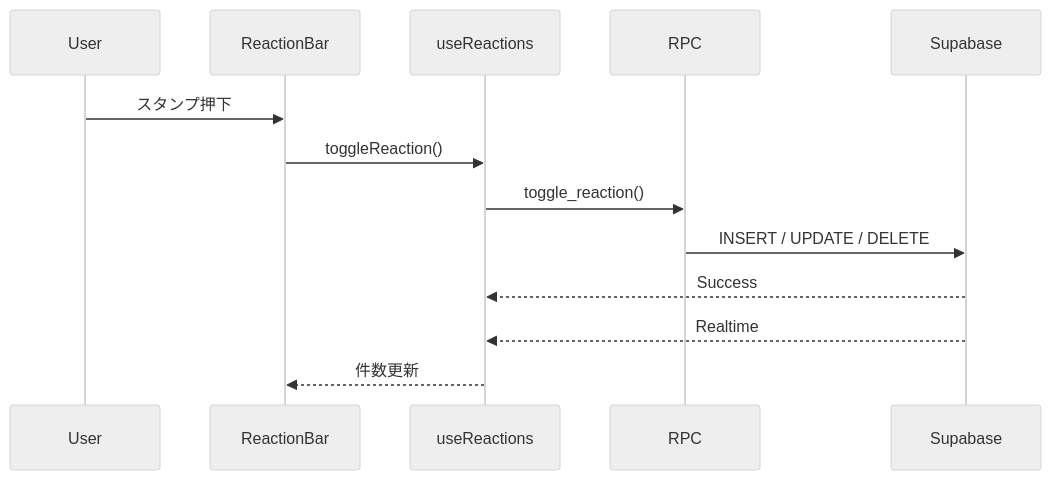
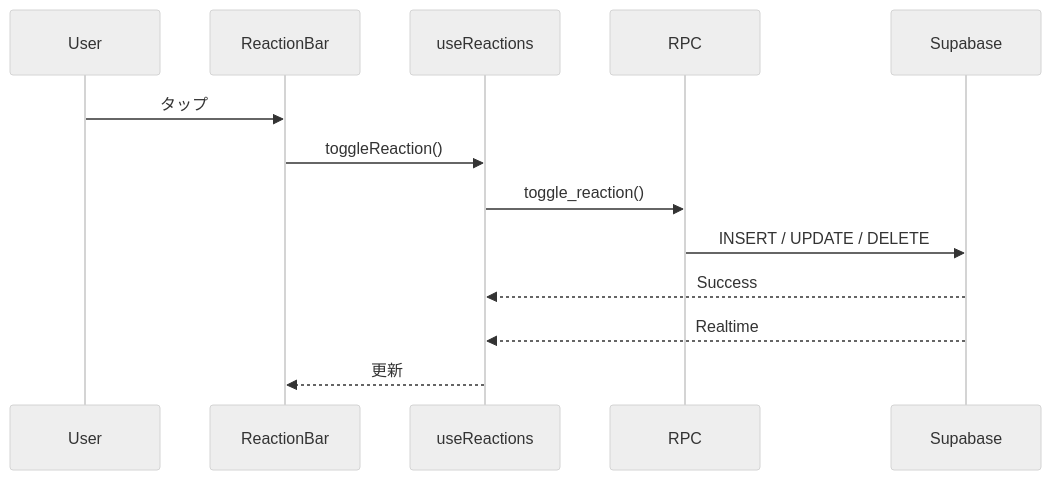
The third of 5 diagrams in DESIGN.md (you12eve/NightCrySupport), drawn with Mermaid (neutral theme) before and after one commit. The commit also changed other lines of this file and 19 other files, not shown here.

````diff
--- a/DESIGN.md
+++ b/DESIGN.md
@@ -658,23 +1030,23 @@
 ```mermaid
 sequenceDiagram
 
 participant User
 participant ReactionBar
 participant useReactions
 participant RPC
 participant Supabase
 
-User->>ReactionBar: スタンプ押下
+User->>ReactionBar: タップ
 
 ReactionBar->>useReactions: toggleReaction()
 
 useReactions->>RPC: toggle_reaction()
 
 RPC->>Supabase: INSERT / UPDATE / DELETE
 
 Supabase-->>useReactions: Success
 
 Supabase-->>useReactions: Realtime
 
-useReactions-->>ReactionBar: 件数更新
+useReactions-->>ReactionBar: 更新
 ```
````
